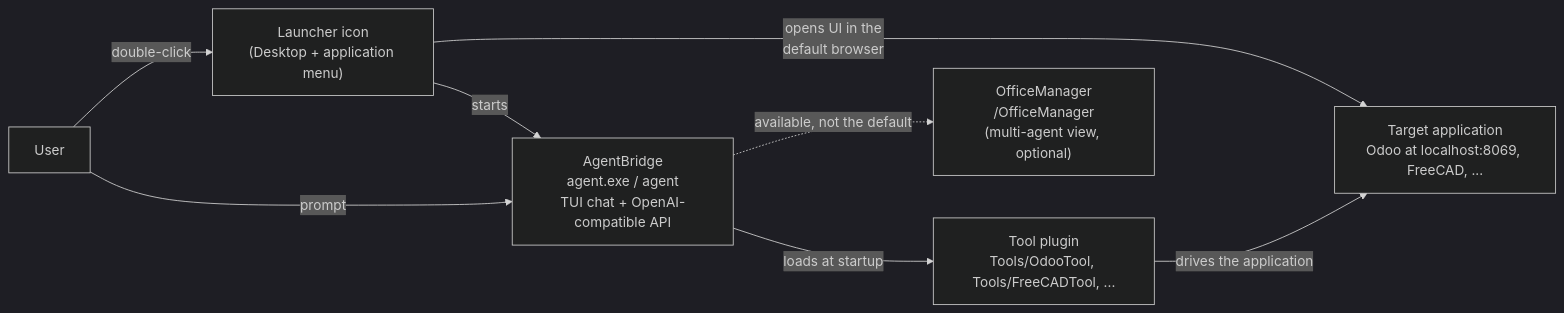
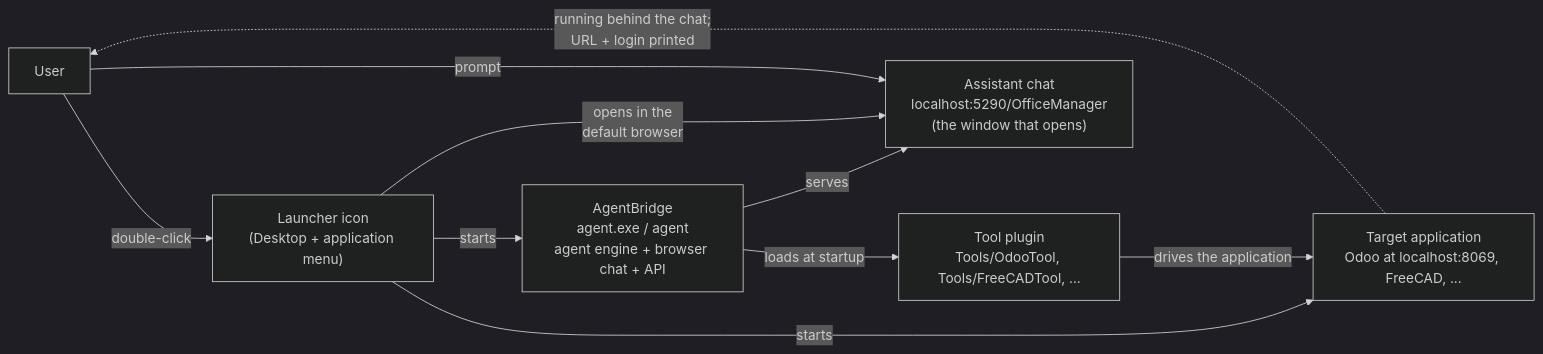
Before and after one commit to Graphene-Lab/AgentBridge: the diagram in docs-dev/INSTALLER-CONTRACT.md, drawn with Mermaid (dark theme). The commit also changed other lines of this file and 3 other files, not shown here.

First line of the commit message:
docs-dev: the launcher opens the assistant chat, not the app login

````diff
--- a/docs-dev/INSTALLER-CONTRACT.md
+++ b/docs-dev/INSTALLER-CONTRACT.md
@@ -17,17 +18,19 @@
 ```mermaid
 flowchart LR
   user["User"]
   launcher["Launcher icon<br/>(Desktop + application menu)"]
-  ab["AgentBridge<br/>agent.exe / agent<br/>TUI chat + OpenAI-compatible API"]
+  ab["AgentBridge<br/>agent.exe / agent<br/>agent engine + browser chat + API"]
   plugin["Tool plugin<br/>Tools/OdooTool, Tools/FreeCADTool, ..."]
   app["Target application<br/>Odoo at localhost:8069, FreeCAD, ..."]
-  om["OfficeManager<br/>/OfficeManager<br/>(multi-agent view, optional)"]
+  chat["Assistant chat<br/>localhost:5290/OfficeManager<br/>(the window that opens)"]
 
   user -->|"double-click"| launcher
+  launcher -->|"starts"| app
   launcher -->|"starts"| ab
-  launcher -->|"opens UI in the<br/>default browser"| app
+  ab -->|"serves"| chat
+  launcher -->|"opens in the<br/>default browser"| chat
   ab -->|"loads at startup"| plugin
   plugin -->|"drives the application"| app
-  user -->|"prompt"| ab
-  ab -.->|"available, not the default"| om
+  user -->|"prompt"| chat
+  app -.->|"running behind the chat;<br/>URL + login printed"| user
 ```
````
